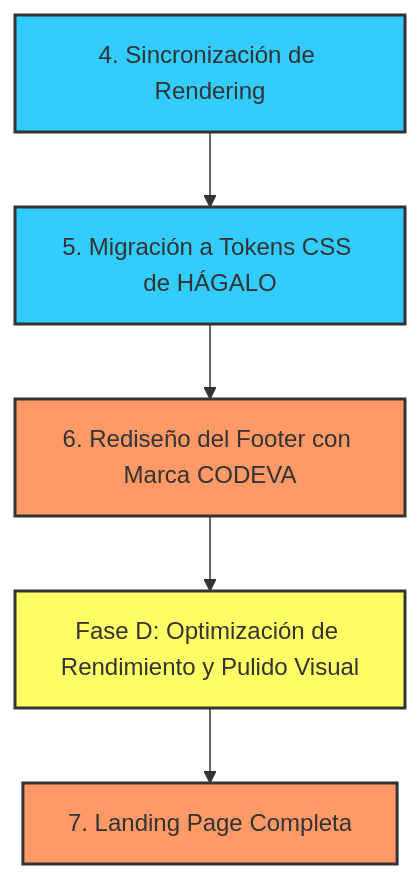
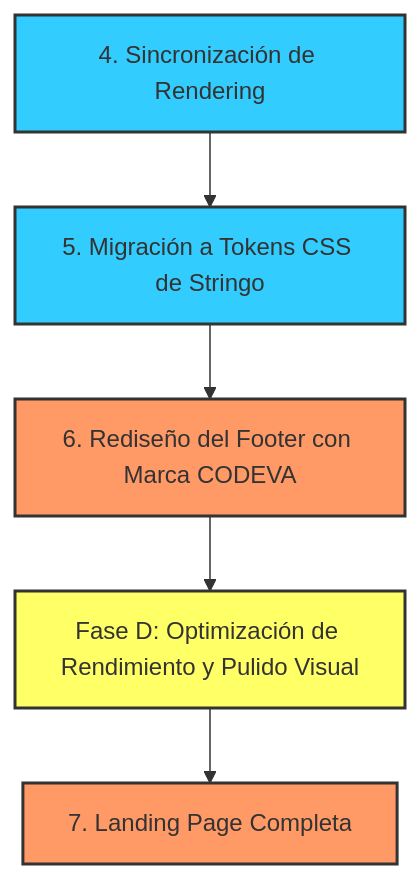
One commit to gonzalo-toledo/string_art_system changed the diagram in docs/todo_list.md. Above: the diagram before and after it, drawn with Mermaid. The commit also changed other lines of this file and 16 other files, not shown here.

````diff
--- a/docs/todo_list.md
+++ b/docs/todo_list.md
@@ -9,13 +9,13 @@
 ```mermaid
 graph TD
-    T4[4. Sincronización de Rendering] --> T5[5. Migración a Tokens CSS de HÁGALO]
+    T4[4. Sincronización de Rendering] --> T5[5. Migración a Tokens CSS de Stringo]
     T5 --> T6[6. Rediseño del Footer con Marca CODEVA]
     T6 --> FD[Fase D: Optimización de Rendimiento y Pulido Visual]
     FD --> T7[7. Landing Page Completa]
     
     style T4 fill:#3cf,stroke:#333,stroke-width:2px
     style T5 fill:#3cf,stroke:#333,stroke-width:2px
     style T6 fill:#f96,stroke:#333,stroke-width:2px
     style FD fill:#ff6,stroke:#333,stroke-width:2px
     style T7 fill:#f96,stroke:#333,stroke-width:2px
 ```
````
